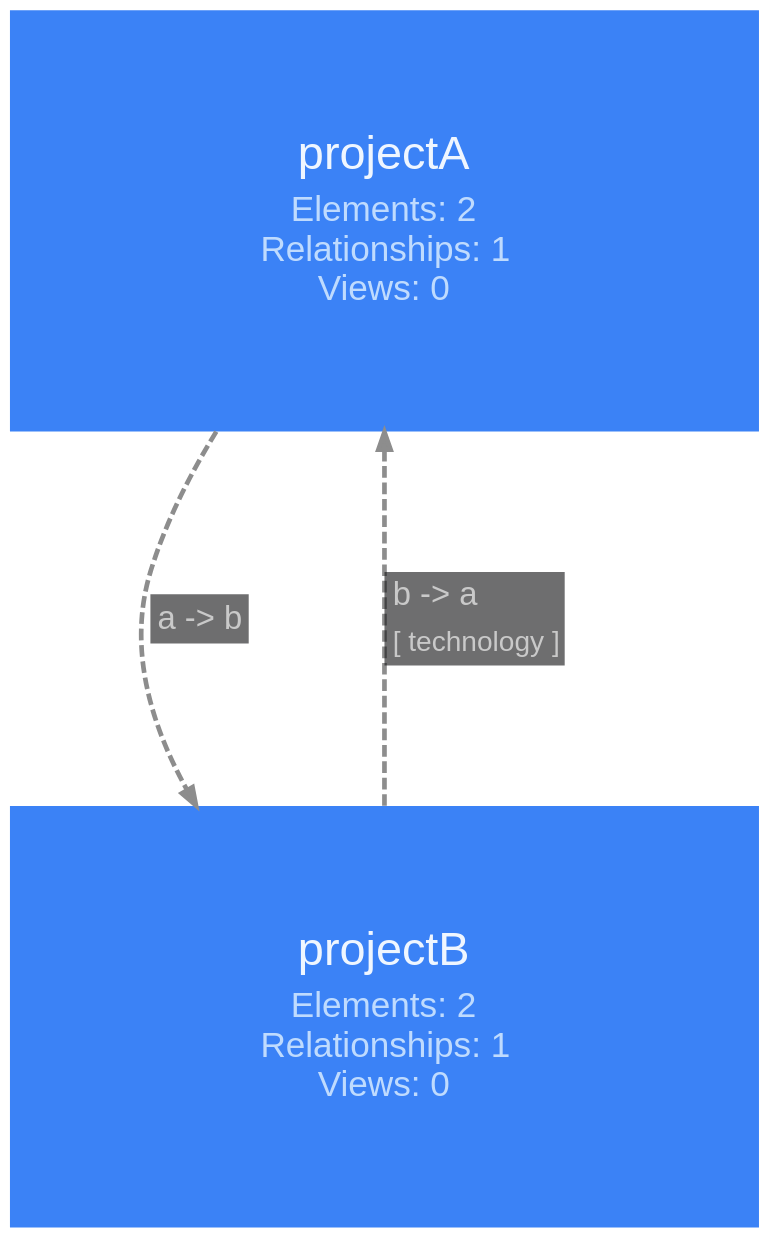
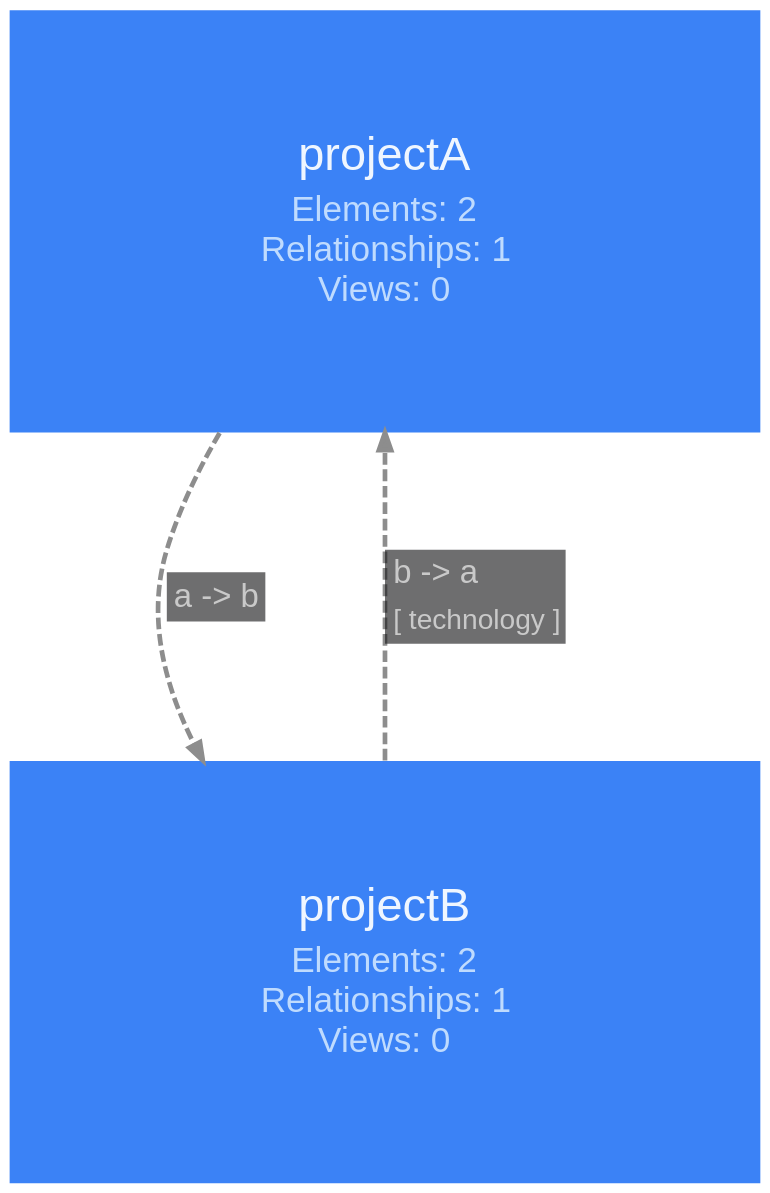
The diagram in packages/layouts/src/graphviz/__snapshots__/ProjectsViewPrinter-two-directions.dot (likec4/likec4), drawn with Graphviz before and after one commit. The commit also changed 2 other files, not shown here.

```diff
--- a/packages/layouts/src/graphviz/__snapshots__/ProjectsViewPrinter-two-directions.dot
+++ b/packages/layouts/src/graphviz/__snapshots__/ProjectsViewPrinter-two-directions.dot
@@ -1,66 +1,66 @@
 digraph {
   likec4_viewId = "projects-view";
   bgcolor = "transparent";
   layout = "dot";
   compound = true;
   rankdir = "TB";
   splines = "spline";
   outputorder = "nodesfirst";
-  nodesep = 1.528;
-  ranksep = 1.667;
+  nodesep = 1.389;
+  ranksep = 1.389;
   pad = 0.209;
   fontname = "Arial";
   graph [
     fontsize = 20;
     labeljust = "l";
     labelloc = "t";
     margin = 50.1;
   ];
   edge [
     arrowsize = 0.75;
     fontname = "Arial";
     fontsize = 14;
     penwidth = 2;
     color = "#8D8D8D";
     fontcolor = "#C9C9C9";
   ];
   node [
     fontname = "Arial";
     shape = "rect";
     fillcolor = "#3b82f6";
     fontcolor = "#eff6ff";
     color = "#2563eb";
     style = "filled";
     penwidth = 0;
   ];
   "1pf41yp" [
     likec4_id = "1pf41yp";
     likec4_project = "projectA";
     likec4_level = 0;
     label = <<TABLE BORDER="0" CELLPADDING="0" CELLSPACING="4"><TR><TD><FONT POINT-SIZE="20">projectA</FONT></TD></TR><TR><TD><FONT POINT-SIZE="15" COLOR="#bfdbfe">Elements: 2<BR/>Relationships: 1<BR/>Views: 0</FONT></TD></TR></TABLE>>;
     margin = "0.223,0.223";
     width = 4.445;
     height = 2.5;
   ];
   "1pf41yq" [
     likec4_id = "1pf41yq";
     likec4_project = "projectB";
     likec4_level = 0;
     label = <<TABLE BORDER="0" CELLPADDING="0" CELLSPACING="4"><TR><TD><FONT POINT-SIZE="20">projectB</FONT></TD></TR><TR><TD><FONT POINT-SIZE="15" COLOR="#bfdbfe">Elements: 2<BR/>Relationships: 1<BR/>Views: 0</FONT></TD></TR></TABLE>>;
     margin = "0.223,0.223";
     width = 4.445;
     height = 2.5;
   ];
   "1pf41yp" -> "1pf41yq" [
     likec4_id = "17usd85";
     likec4_project = "projectA";
     style = "dashed";
     label = <<TABLE BORDER="0" CELLPADDING="3" CELLSPACING="0" BGCOLOR="#18191BA0"><TR><TD ALIGN="TEXT" BALIGN="LEFT"><FONT POINT-SIZE="14">a -&gt; b</FONT></TD></TR></TABLE>>;
   ];
   "1pf41yq" -> "1pf41yp" [
     likec4_id = "negxbp";
     likec4_project = "projectB";
     style = "dashed";
     label = <<TABLE BORDER="0" CELLPADDING="3" CELLSPACING="0" BGCOLOR="#18191BA0"><TR><TD ALIGN="TEXT" BALIGN="LEFT"><FONT POINT-SIZE="14">b -&gt; a</FONT></TD></TR><TR><TD ALIGN="TEXT" BALIGN="LEFT"><FONT POINT-SIZE="12">[ technology ]</FONT></TD></TR></TABLE>>;
   ];
 }
```
